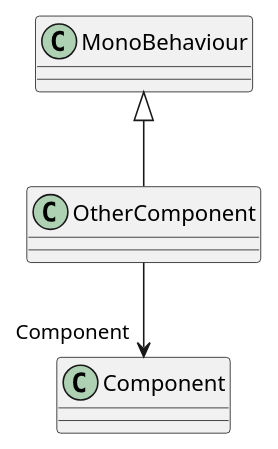
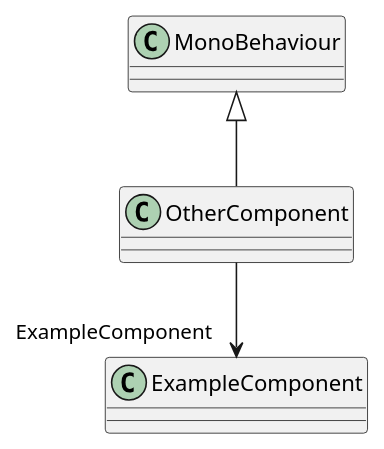
Before and after one commit to Delt06/unity-generate-uml: the diagram in UML/Assets/Scripts/OtherComponent.puml, drawn with PlantUML. The commit also changed 7 other files, not shown here.

Commit message:
Generate UML (Generate UML)

```diff
--- a/UML/Assets/Scripts/OtherComponent.puml
+++ b/UML/Assets/Scripts/OtherComponent.puml
@@ -1,6 +1,6 @@
 @startuml
 class OtherComponent {
 }
 MonoBehaviour <|-- OtherComponent
-OtherComponent --> "Component" Component
+OtherComponent --> "ExampleComponent" ExampleComponent
 @enduml
```
